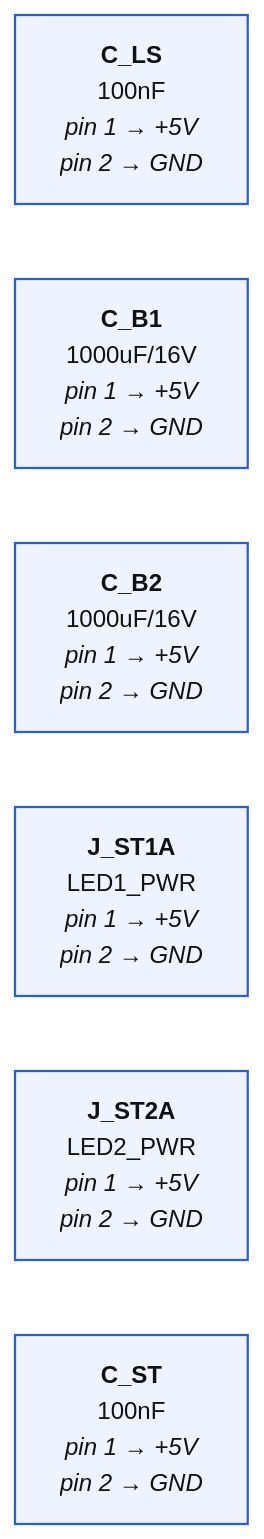
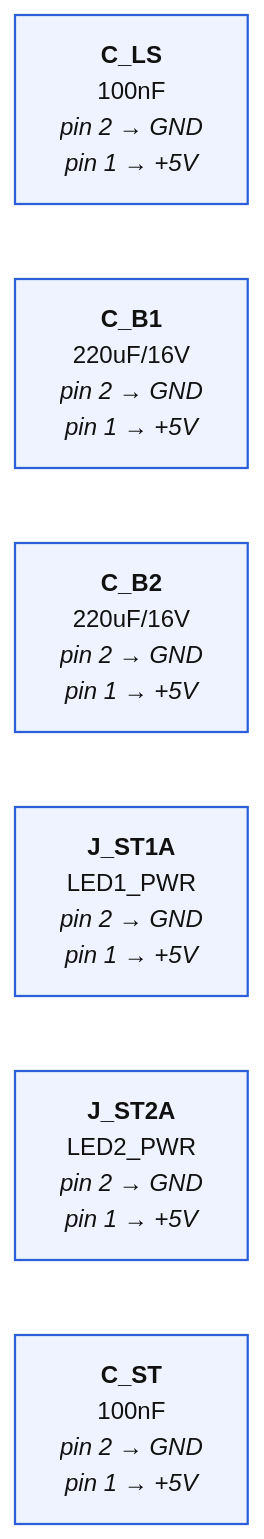
Before and after one commit to mrwillson2u/propmesh: the fifth of 5 diagrams in hardware/pro/sheets/05-led.diagram.md, drawn with Mermaid (neutral theme). The commit also changed other lines of this file and 59 other files, not shown here.

````diff
--- a/hardware/pro/sheets/05-led.diagram.md
+++ b/hardware/pro/sheets/05-led.diagram.md
@@ -138,16 +146,16 @@
 ```mermaid
 graph LR
   classDef part fill:#eef3ff,stroke:#2b5fd9,stroke-width:1.5px,color:#111
   classDef net fill:#fff8e1,stroke:#b7791f,color:#111
   classDef rail fill:#ffe0b2,stroke:#e65100,stroke-width:3px,color:#111,font-weight:bold
   classDef badnet fill:#ffe0e0,stroke:#c00,stroke-width:3px,color:#111,font-weight:bold
   classDef absent fill:#fff,stroke:#c00,stroke-width:2px,stroke-dasharray:6 4,color:#c00
   classDef extra fill:#ffecec,stroke:#c00,stroke-width:2px,color:#111
   classDef dnp fill:#f5f5f5,stroke:#999,stroke-dasharray:3 3,color:#666
-  P_C_LS["<b>C_LS</b><br/>100nF<br/><i>pin 1 → +5V</i><br/><i>pin 2 → GND</i>"]:::part
-  P_C_B1["<b>C_B1</b><br/>1000uF/16V<br/><i>pin 1 → +5V</i><br/><i>pin 2 → GND</i>"]:::part
-  P_C_B2["<b>C_B2</b><br/>1000uF/16V<br/><i>pin 1 → +5V</i><br/><i>pin 2 → GND</i>"]:::part
-  P_J_ST1A["<b>J_ST1A</b><br/>LED1_PWR<br/><i>pin 1 → +5V</i><br/><i>pin 2 → GND</i>"]:::part
-  P_J_ST2A["<b>J_ST2A</b><br/>LED2_PWR<br/><i>pin 1 → +5V</i><br/><i>pin 2 → GND</i>"]:::part
-  P_C_ST["<b>C_ST</b><br/>100nF<br/><i>pin 1 → +5V</i><br/><i>pin 2 → GND</i>"]:::part
+  P_C_LS["<b>C_LS</b><br/>100nF<br/><i>pin 2 → GND</i><br/><i>pin 1 → +5V</i>"]:::part
+  P_C_B1["<b>C_B1</b><br/>220uF/16V<br/><i>pin 2 → GND</i><br/><i>pin 1 → +5V</i>"]:::part
+  P_C_B2["<b>C_B2</b><br/>220uF/16V<br/><i>pin 2 → GND</i><br/><i>pin 1 → +5V</i>"]:::part
+  P_J_ST1A["<b>J_ST1A</b><br/>LED1_PWR<br/><i>pin 2 → GND</i><br/><i>pin 1 → +5V</i>"]:::part
+  P_J_ST2A["<b>J_ST2A</b><br/>LED2_PWR<br/><i>pin 2 → GND</i><br/><i>pin 1 → +5V</i>"]:::part
+  P_C_ST["<b>C_ST</b><br/>100nF<br/><i>pin 2 → GND</i><br/><i>pin 1 → +5V</i>"]:::part
 ```
````
